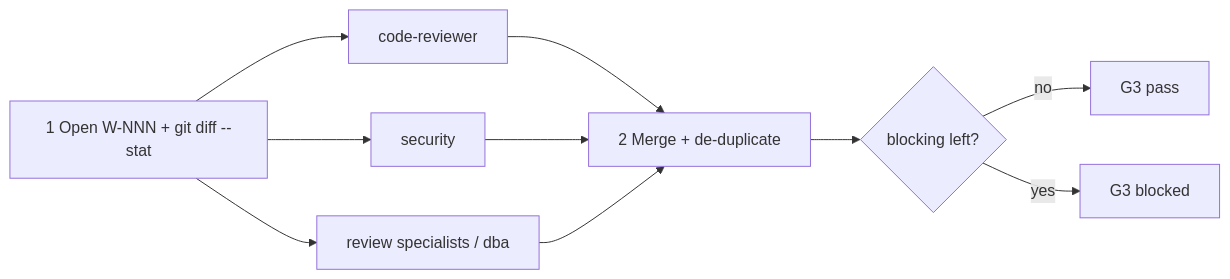
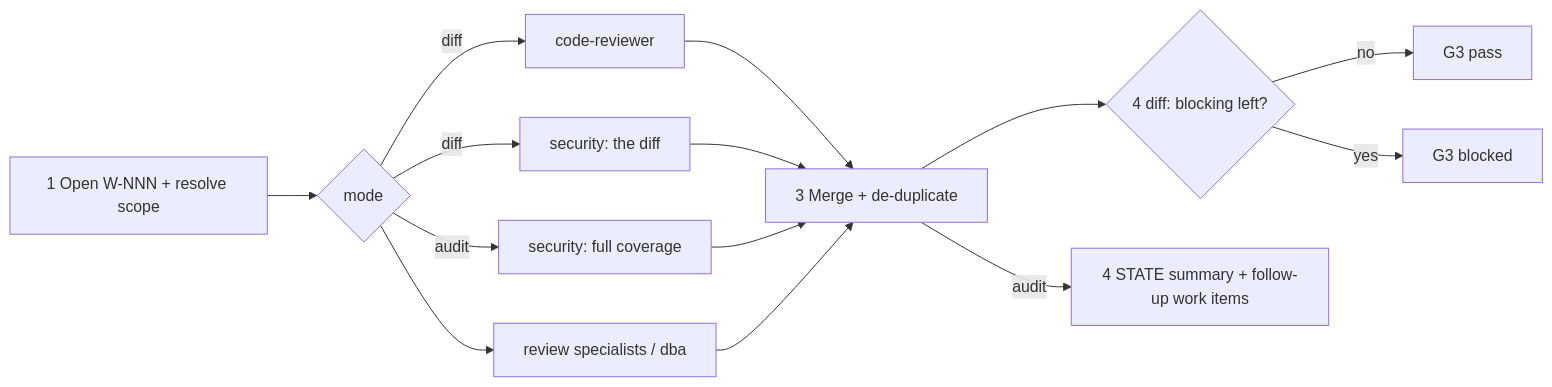
The diagram in commands/review.md (Tuan-Quyen/technical-teams), drawn with Mermaid before and after one commit. The commit also changed other lines of this file and 23 other files, not shown here.

````diff
--- a/commands/review.md
+++ b/commands/review.md
@@ -46,12 +49,16 @@
 ```mermaid
 flowchart LR
-  A[1 Open W-NNN + git diff --stat] --> B[code-reviewer]
-  A --> C[security]
-  A --> D[review specialists / dba]
-  B --> M[2 Merge + de-duplicate]
-  C --> M
-  D --> M
-  M --> V{blocking left?}
+  A[1 Open W-NNN + resolve scope] --> M{mode}
+  M -- diff --> B[code-reviewer]
+  M -- diff --> C[security: the diff]
+  M -- audit --> C2[security: full coverage]
+  M --> D[review specialists / dba]
+  B --> X[3 Merge + de-duplicate]
+  C --> X
+  C2 --> X
+  D --> X
+  X --> V{4 diff: blocking left?}
   V -- no --> P[G3 pass]
-  V -- yes --> X[G3 blocked]
+  V -- yes --> BL[G3 blocked]
+  X -- audit --> S[4 STATE summary + follow-up work items]
 ```
````
